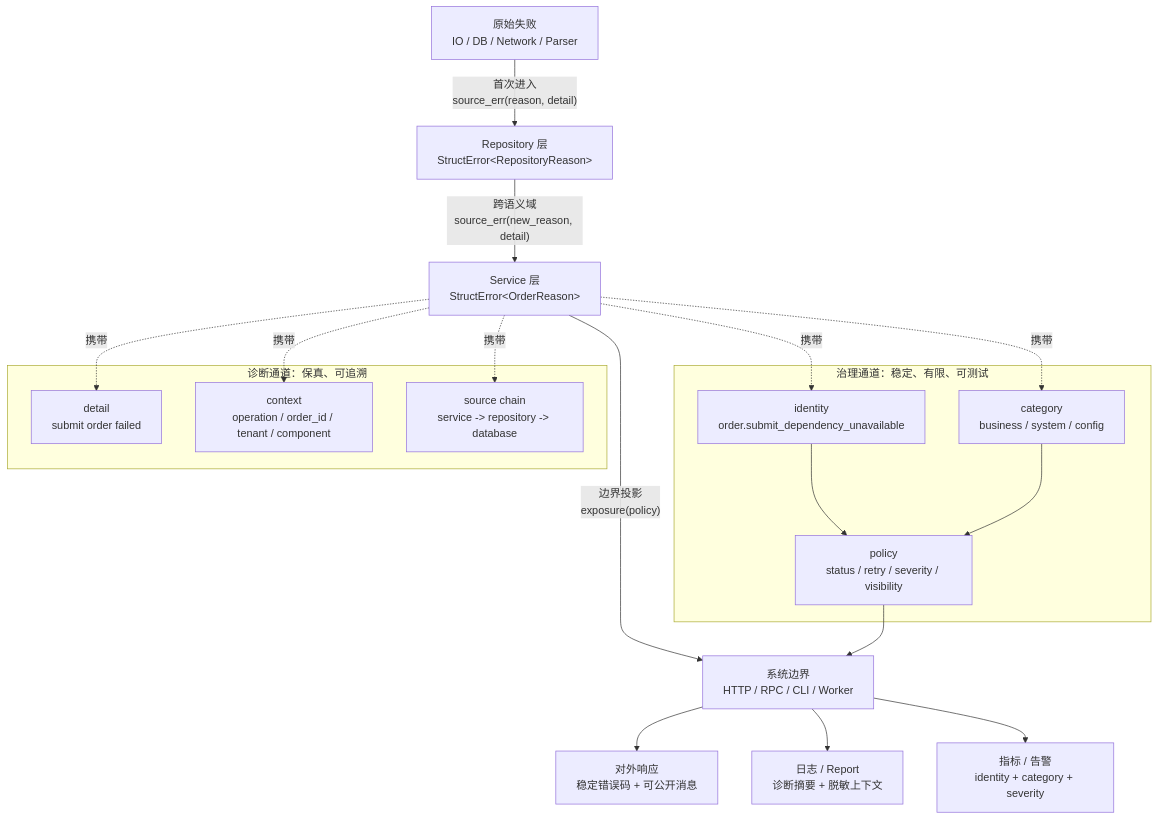
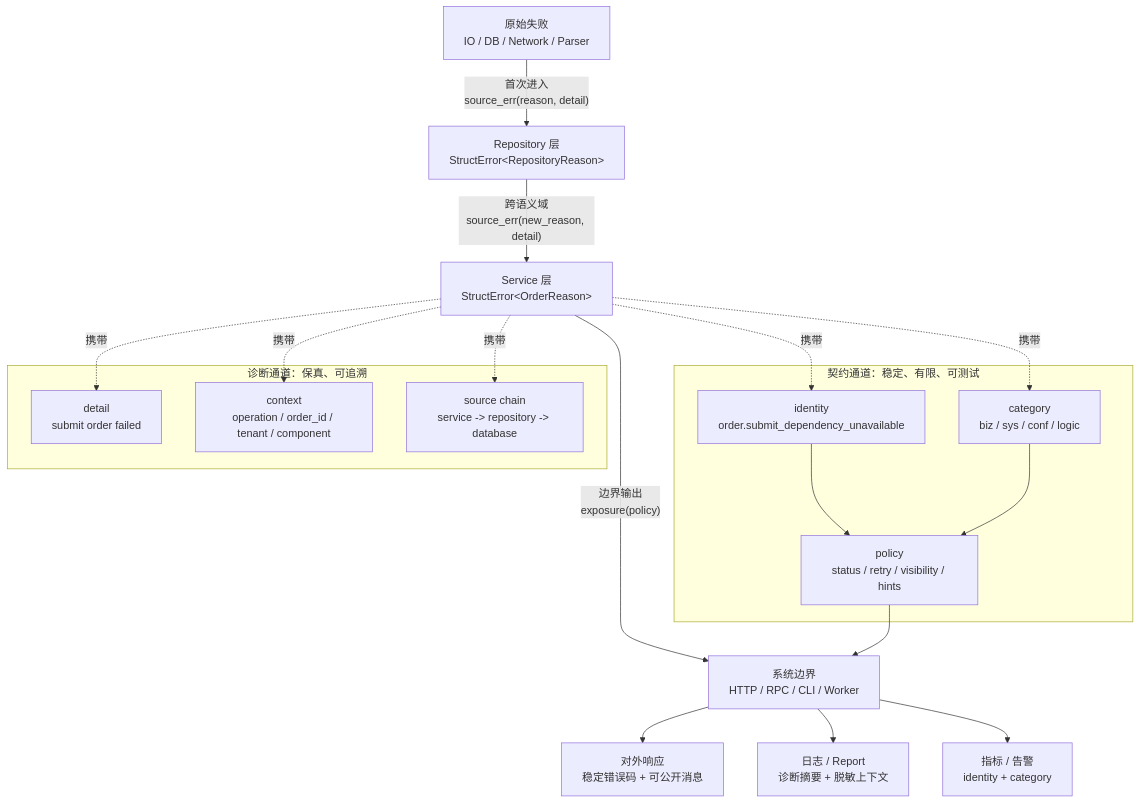
Before and after one commit to galaxio-labs/orion-error: the first of 2 diagrams in docs/zh/src/user/manifesto.md, drawn with Mermaid. The commit also changed other lines of this file and 2 other files, not shown here.

````diff
--- a/docs/zh/src/user/manifesto.md
+++ b/docs/zh/src/user/manifesto.md
@@ -761,37 +884,37 @@
 ```mermaid
 flowchart TB
     raw["原始失败<br/>IO / DB / Network / Parser"]
     repo["Repository 层<br/>StructError&lt;RepositoryReason&gt;"]
     service["Service 层<br/>StructError&lt;OrderReason&gt;"]
     boundary["系统边界<br/>HTTP / RPC / CLI / Worker"]
 
     raw -->|"首次进入<br/>source_err(reason, detail)"| repo
     repo -->|"跨语义域<br/>source_err(new_reason, detail)"| service
-    service -->|"边界投影<br/>exposure(policy)"| boundary
+    service -->|"边界输出<br/>exposure(policy)"| boundary
 
-    subgraph governance["治理通道：稳定、有限、可测试"]
+    subgraph governance["契约通道：稳定、有限、可测试"]
         identity["identity<br/>order.submit_dependency_unavailable"]
-        category["category<br/>business / system / config"]
-        policy["policy<br/>status / retry / severity / visibility"]
+        category["category<br/>biz / sys / conf / logic"]
+        policy["policy<br/>status / retry / visibility / hints"]
     end
 
     subgraph diagnostic["诊断通道：保真、可追溯"]
         detail["detail<br/>submit order failed"]
         context["context<br/>operation / order_id / tenant / component"]
         source["source chain<br/>service -> repository -> database"]
     end
 
     service -.携带.-> identity
     service -.携带.-> category
     service -.携带.-> detail
     service -.携带.-> context
     service -.携带.-> source
 
     identity --> policy
     category --> policy
     policy --> boundary
 
     boundary --> user["对外响应<br/>稳定错误码 + 可公开消息"]
     boundary --> log["日志 / Report<br/>诊断摘要 + 脱敏上下文"]
-    boundary --> metric["指标 / 告警<br/>identity + category + severity"]
+    boundary --> metric["指标 / 告警<br/>identity + category"]
 ```
````
